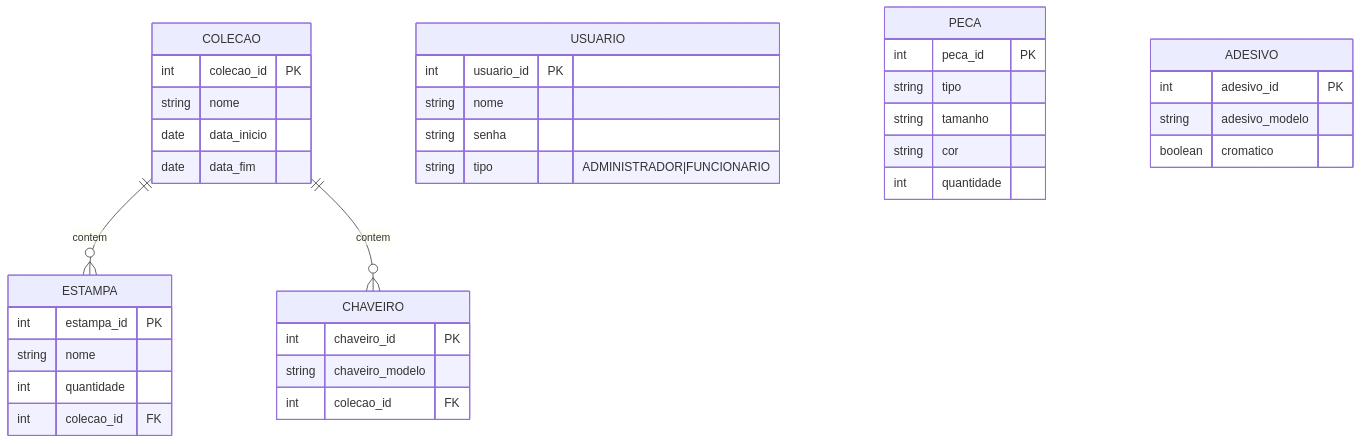
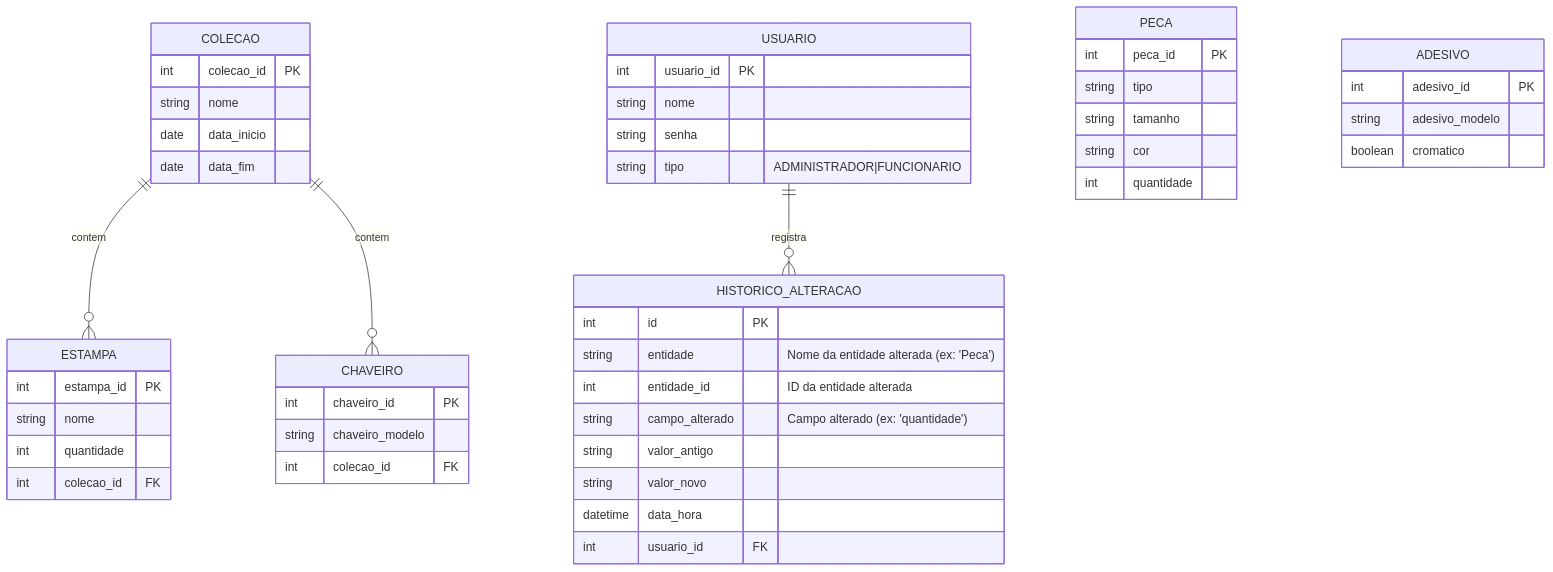
The diagram in artefatos/diagramas/ModeloER.mmd (FeltrinLM/Journey_Back-end), drawn with Mermaid before and after one commit. The commit also changed 20 other files, not shown here.

```diff
--- a/artefatos/diagramas/ModeloER.mmd
+++ b/artefatos/diagramas/ModeloER.mmd
@@ -1,45 +1,56 @@
 erDiagram
     COLECAO ||--o{ ESTAMPA : contem
     COLECAO ||--o{ CHAVEIRO : contem
+    USUARIO ||--o{ HISTORICO_ALTERACAO : registra
 
     USUARIO {
         int usuario_id PK
         string nome
         string senha
         string tipo  "ADMINISTRADOR|FUNCIONARIO"
     }
 
     COLECAO {
         int colecao_id PK
         string nome
         date data_inicio
         date data_fim
     }
 
     ESTAMPA {
         int estampa_id PK
         string nome
         int quantidade
         int colecao_id FK
     }
 
     PECA {
         int peca_id PK
         string tipo
         string tamanho
         string cor
         int quantidade
     }
 
-
-    ADESIVO{
+    ADESIVO {
         int adesivo_id PK
         string adesivo_modelo
         boolean cromatico
     }
 
-    CHAVEIRO{
+    CHAVEIRO {
         int chaveiro_id PK
         string chaveiro_modelo
         int colecao_id FK
     }
+
+    HISTORICO_ALTERACAO {
+        int id PK
+        string entidade         "Nome da entidade alterada (ex: 'Peca')"
+        int entidade_id         "ID da entidade alterada"
+        string campo_alterado   "Campo alterado (ex: 'quantidade')"
+        string valor_antigo
+        string valor_novo
+        datetime data_hora
+        int usuario_id FK
+    }
```
